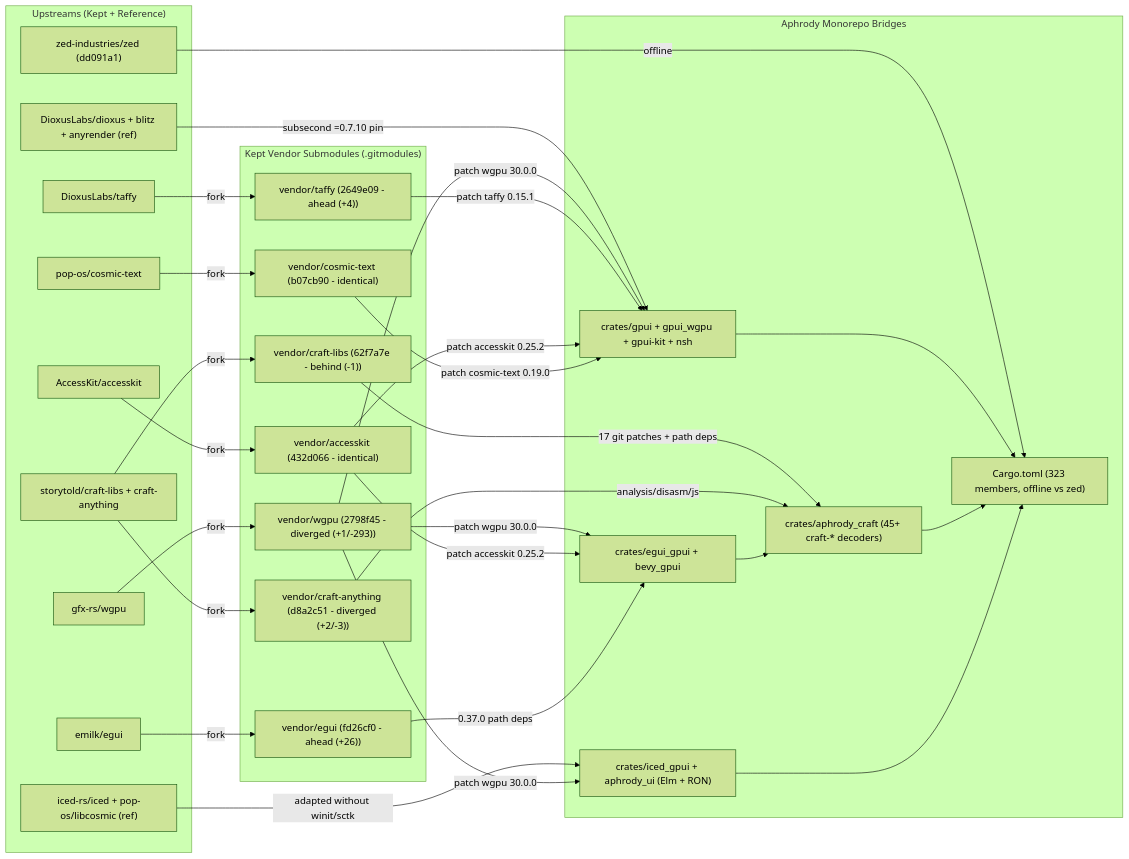
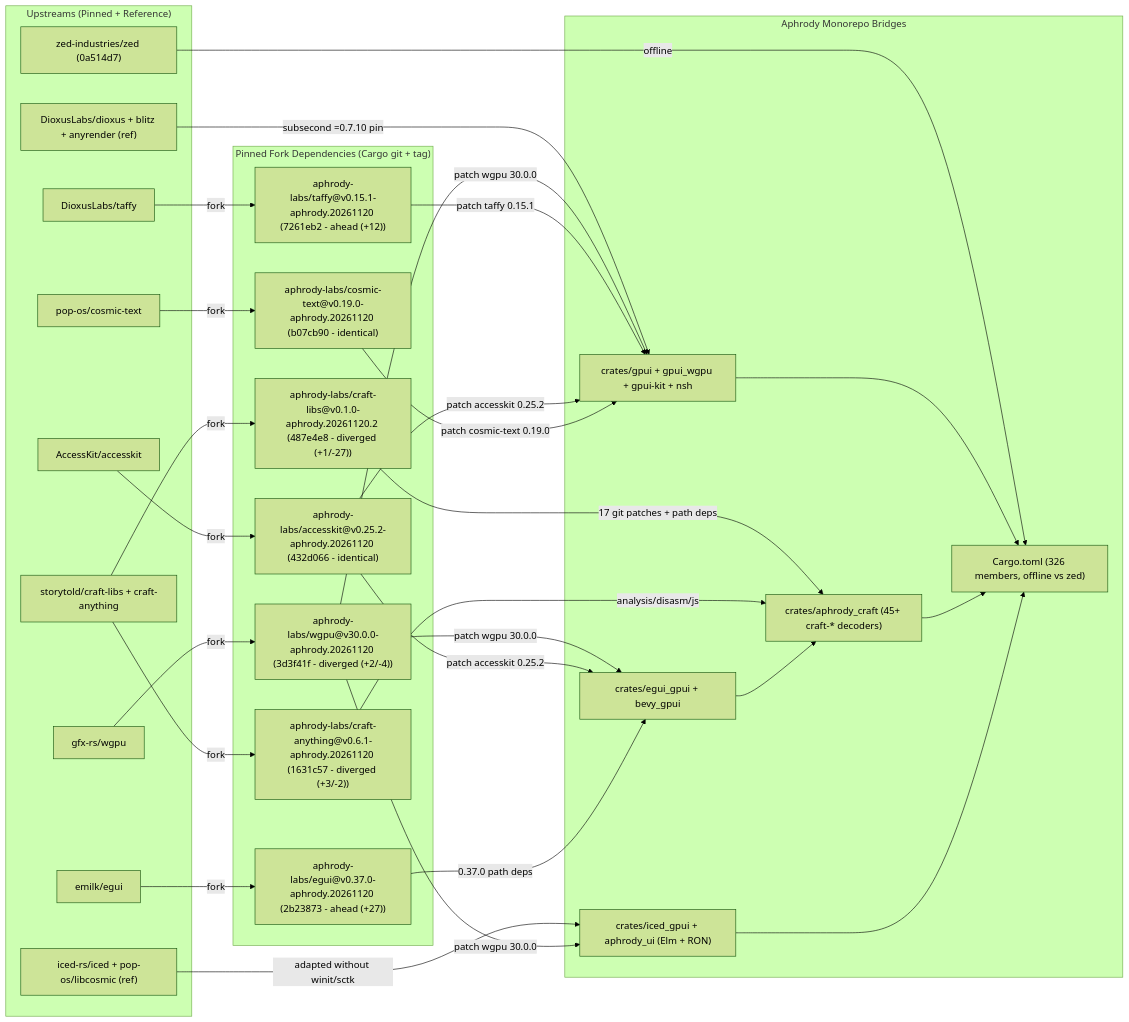
Before and after one commit to aphrody-labs/fw: the diagram in aphrody/docs/aphrody/architecture/gpui-vs-dioxus-audit.md, drawn with Mermaid (forest theme). The commit also changed other lines of this file and 118 other files, not shown here.

Commit message:
chore: delete skills duplicated in fw, regenerate parity and audit artifacts, rewrite fork docs for pinned git dependencies

````diff
--- a/aphrody/docs/aphrody/architecture/gpui-vs-dioxus-audit.md
+++ b/aphrody/docs/aphrody/architecture/gpui-vs-dioxus-audit.md
@@ -30,58 +30,58 @@
 ```mermaid
 flowchart LR
-  subgraph Upstreams["Upstreams (Kept + Reference)"]
-    UP_ZED["zed-industries/zed (dd091a1)"]
+  subgraph Upstreams["Upstreams (Pinned + Reference)"]
+    UP_ZED["zed-industries/zed (0a514d7)"]
     UP_WGPU["gfx-rs/wgpu"]
     UP_TAFFY["DioxusLabs/taffy"]
     UP_A11Y["AccessKit/accesskit"]
     UP_COSMIC["pop-os/cosmic-text"]
     UP_EGUI["emilk/egui"]
     UP_CRAFT["storytold/craft-libs + craft-anything"]
     UP_DX["DioxusLabs/dioxus + blitz + anyrender (ref)"]
     UP_ICED["iced-rs/iced + pop-os/libcosmic (ref)"]
   end
 
-  subgraph KeptVendor["Kept Vendor Submodules (.gitmodules)"]
-    V_WGPU["vendor/wgpu (2798f45 - diverged (+1/-293))"]
-    V_TAFFY["vendor/taffy (2649e09 - ahead (+4))"]
-    V_A11Y["vendor/accesskit (432d066 - identical)"]
-    V_COSMIC["vendor/cosmic-text (b07cb90 - identical)"]
-    V_EGUI["vendor/egui (fd26cf0 - ahead (+26))"]
-    V_CRAFT["vendor/craft-libs (62f7a7e - behind (-1))"]
-    V_ANY["vendor/craft-anything (d8a2c51 - diverged (+2/-3))"]
+  subgraph PinnedForks["Pinned Fork Dependencies (Cargo git + tag)"]
+    V_WGPU["aphrody-labs/wgpu@v30.0.0-aphrody.20261120 (3d3f41f - diverged (+2/-4))"]
+    V_TAFFY["aphrody-labs/taffy@v0.15.1-aphrody.20261120 (7261eb2 - ahead (+12))"]
+    V_A11Y["aphrody-labs/accesskit@v0.25.2-aphrody.20261120 (432d066 - identical)"]
+    V_COSMIC["aphrody-labs/cosmic-text@v0.19.0-aphrody.20261120 (b07cb90 - identical)"]
+    V_EGUI["aphrody-labs/egui@v0.37.0-aphrody.20261120 (2b23873 - ahead (+27))"]
+    V_CRAFT["aphrody-labs/craft-libs@v0.1.0-aphrody.20261120.2 (487e4e8 - diverged (+1/-27))"]
+    V_ANY["aphrody-labs/craft-anything@v0.6.1-aphrody.20261120 (1631c57 - diverged (+3/-2))"]
   end
 
   subgraph Workspace["Aphrody Monorepo Bridges"]
-    APH_ROOT["Cargo.toml (323 members, offline vs zed)"]
+    APH_ROOT["Cargo.toml (326 members, offline vs zed)"]
     GPUI_CORE["crates/gpui + gpui_wgpu + gpui-kit + nsh"]
     EGUI_GPUI["crates/egui_gpui + bevy_gpui"]
     CRAFT_APP["crates/aphrody_craft (45+ craft-* decoders)"]
     ICED_GPUI["crates/iced_gpui + aphrody_ui (Elm + RON)"]
   end
 
   UP_ZED -->|"offline"| APH_ROOT
   UP_WGPU -->|"fork"| V_WGPU
   UP_TAFFY -->|"fork"| V_TAFFY
   UP_A11Y -->|"fork"| V_A11Y
   UP_COSMIC -->|"fork"| V_COSMIC
   UP_EGUI -->|"fork"| V_EGUI
   UP_CRAFT -->|"fork"| V_CRAFT
   UP_CRAFT -->|"fork"| V_ANY
   UP_DX -->|"subsecond =0.7.10 pin"| GPUI_CORE
   UP_ICED -->|"adapted without winit/sctk"| ICED_GPUI
 
   V_WGPU -->|"patch wgpu 30.0.0"| GPUI_CORE
   V_WGPU -->|"patch wgpu 30.0.0"| EGUI_GPUI
   V_WGPU -->|"patch wgpu 30.0.0"| ICED_GPUI
   V_TAFFY -->|"patch taffy 0.15.1"| GPUI_CORE
   V_A11Y -->|"patch accesskit 0.25.2"| GPUI_CORE
   V_A11Y -->|"patch accesskit 0.25.2"| EGUI_GPUI
   V_COSMIC -->|"patch cosmic-text 0.19.0"| GPUI_CORE
   V_EGUI -->|"0.37.0 path deps"| EGUI_GPUI
   V_CRAFT -->|"17 git patches + path deps"| CRAFT_APP
   V_ANY -->|"analysis/disasm/js"| CRAFT_APP
   GPUI_CORE --> APH_ROOT
   EGUI_GPUI --> CRAFT_APP
   CRAFT_APP --> APH_ROOT
   ICED_GPUI --> APH_ROOT
 ```
````
